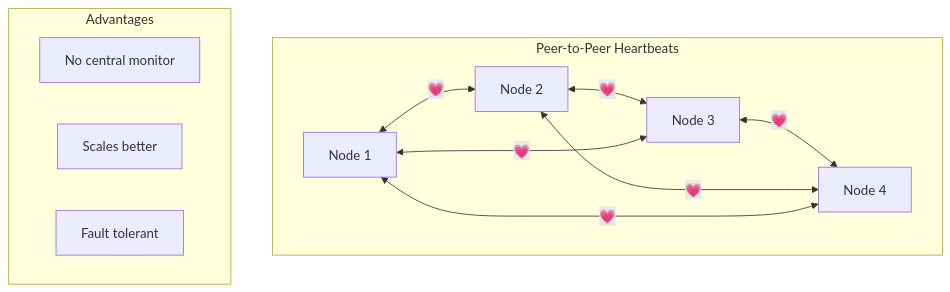
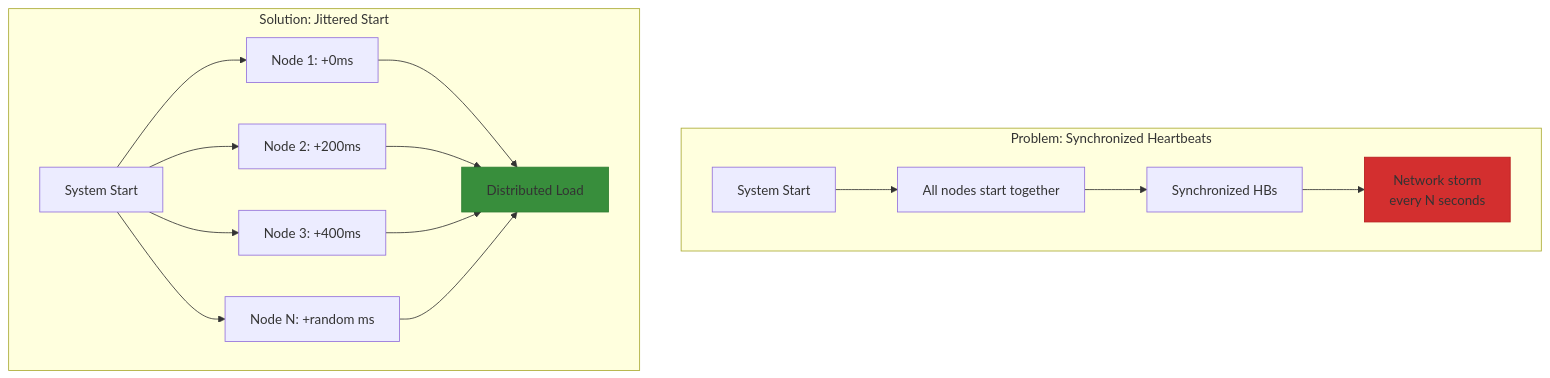
One commit to deepaucksharma/DStudio changed diagram 18 of 30 in docs/patterns/heartbeat.md. Above: the diagram before and after it, drawn with Mermaid. The commit also changed other lines of this file and 248 other files, not shown here.

````diff
--- a/docs/patterns/heartbeat.md
+++ b/docs/patterns/heartbeat.md
@@ -131,17 +507,20 @@
 ```mermaid
 graph TB
-    subgraph "Peer-to-Peer Heartbeats"
-        N1[Node 1] <-->|💗| N2[Node 2]
-        N2 <-->|💗| N3[Node 3]
-        N3 <-->|💗| N4[Node 4]
-        N4 <-->|💗| N1
-        N1 <-->|💗| N3
-        N2 <-->|💗| N4
+    subgraph "Problem: Synchronized Heartbeats"
+        START[System Start] --> ALL[All nodes start together]
+        ALL --> SYNC[Synchronized HBs]
+        SYNC --> STORM[Network storm<br/>every N seconds]
     end
     
-    subgraph "Advantages"
-        A1[No central monitor]
-        A2[Scales better]
-        A3[Fault tolerant]
+    subgraph "Solution: Jittered Start"
+        JSTART[System Start] --> J1[Node 1: +0ms]
+        JSTART --> J2[Node 2: +200ms]
+        JSTART --> J3[Node 3: +400ms]
+        JSTART --> JN[Node N: +random ms]
+        
+        J1 & J2 & J3 & JN --> SPREAD[Distributed Load]
     end
+    
+    style STORM fill:#d32f2f,stroke:#b71c1c
+    style SPREAD fill:#388e3c,stroke:#2e7d32
 ```
````
